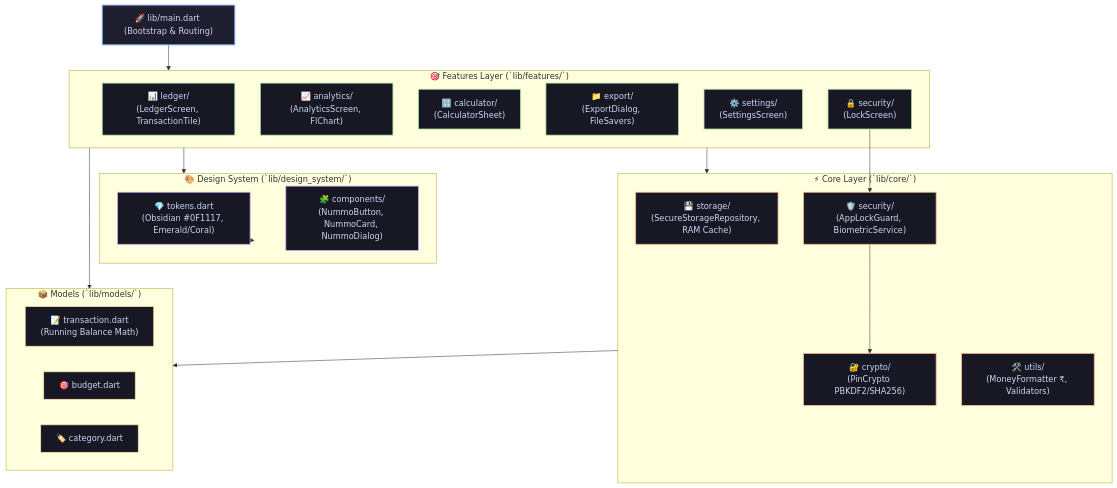
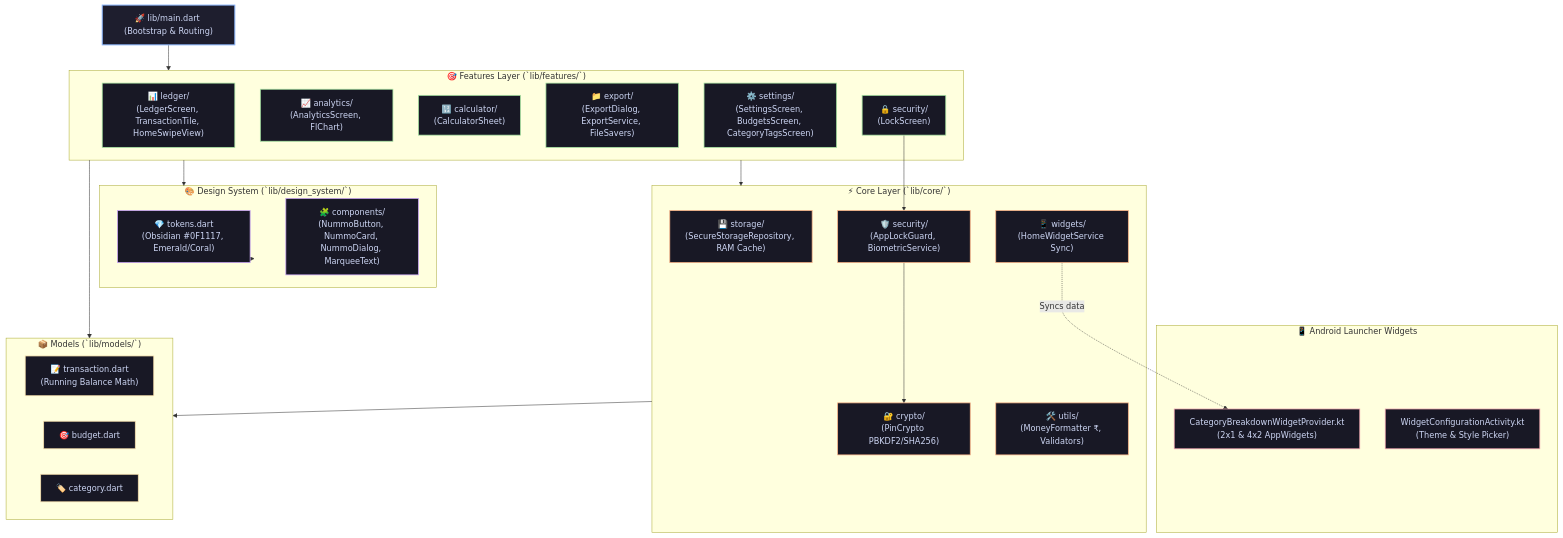
Before and after one commit to rajtilak-2020/Nummo: the diagram in Structure.md, drawn with Mermaid. The commit also changed other lines of this file and 75 other files, not shown here.

````diff
--- a/Structure.md
+++ b/Structure.md
@@ -9,61 +9,72 @@
 ```mermaid
 flowchart TB
     %% Styling tokens
     classDef entry fill:#1e1e2e,stroke:#89b4fa,stroke-width:2px,color:#cdd6f4;
     classDef feature fill:#181825,stroke:#a6e3a1,stroke-width:1.5px,color:#cdd6f4;
     classDef core fill:#181825,stroke:#fab387,stroke-width:1.5px,color:#cdd6f4;
     classDef ui fill:#181825,stroke:#cba6f7,stroke-width:1.5px,color:#cdd6f4;
     classDef model fill:#181825,stroke:#f9e2af,stroke-width:1.5px,color:#cdd6f4;
+    classDef native fill:#181825,stroke:#eba0ac,stroke-width:1.5px,color:#cdd6f4;
 
     Main["🚀 lib/main.dart (Bootstrap & Routing)"]:::entry
 
+    subgraph NativeWidgets ["📱 Android Launcher Widgets"]
+        AppWidgetProvider["CategoryBreakdownWidgetProvider.kt
+(2x1 & 4x2 AppWidgets)"]:::native
+        WidgetConfig["WidgetConfigurationActivity.kt
+(Theme & Style Picker)"]:::native
+    end
+
     subgraph Features ["🎯 Features Layer (`lib/features/`)"]
         Ledger["📊 ledger/
-(LedgerScreen, TransactionTile)"]:::feature
+(LedgerScreen, TransactionTile, HomeSwipeView)"]:::feature
         Analytics["📈 analytics/
 (AnalyticsScreen, FlChart)"]:::feature
         Calc["🔢 calculator/
 (CalculatorSheet)"]:::feature
         Export["📁 export/
-(ExportDialog, FileSavers)"]:::feature
+(ExportDialog, ExportService, FileSavers)"]:::feature
         Settings["⚙️ settings/
-(SettingsScreen)"]:::feature
+(SettingsScreen, BudgetsScreen, CategoryTagsScreen)"]:::feature
         SecurityUI["🔒 security/
 (LockScreen)"]:::feature
     end
 
     subgraph DesignSystem ["🎨 Design System (`lib/design_system/`)"]
         Tokens["💎 tokens.dart
 (Obsidian #0F1117, Emerald/Coral)"]:::ui
         Components["🧩 components/
-(NummoButton, NummoCard, NummoDialog)"]:::ui
+(NummoButton, NummoCard, NummoDialog, MarqueeText)"]:::ui
     end
 
     subgraph CoreServices ["⚡ Core Layer (`lib/core/`)"]
         Storage["💾 storage/
 (SecureStorageRepository, RAM Cache)"]:::core
         SecurityCore["🛡️ security/
 (AppLockGuard, BiometricService)"]:::core
         Crypto["🔐 crypto/
 (PinCrypto PBKDF2/SHA256)"]:::core
+        WidgetsCore["📱 widgets/
+(HomeWidgetService Sync)"]:::core
         Utils["🛠️ utils/
 (MoneyFormatter ₹, Validators)"]:::core
     end
 
     subgraph DomainModels ["📦 Models (`lib/models/`)"]
         TxnModel["📝 transaction.dart
 (Running Balance Math)"]:::model
         BudgetModel["🎯 budget.dart"]:::model
         CatModel["🏷️ category.dart"]:::model
     end
 
     %% Dependency flow
     Main --> Features
     Features --> DesignSystem
     Features --> DomainModels
     Features --> CoreServices
     CoreServices --> DomainModels
     DesignSystem --> Tokens
     SecurityUI --> SecurityCore
     SecurityCore --> Crypto
+    WidgetsCore -.->|Syncs data| AppWidgetProvider
 ```
````
